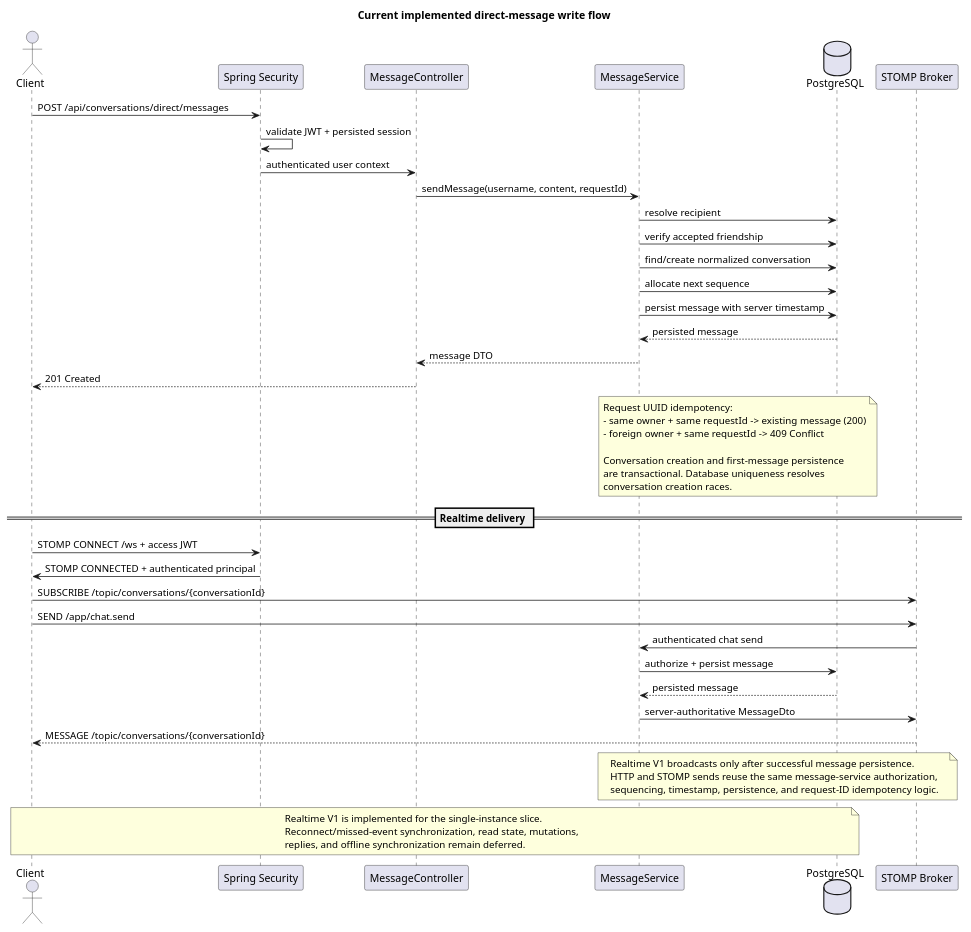
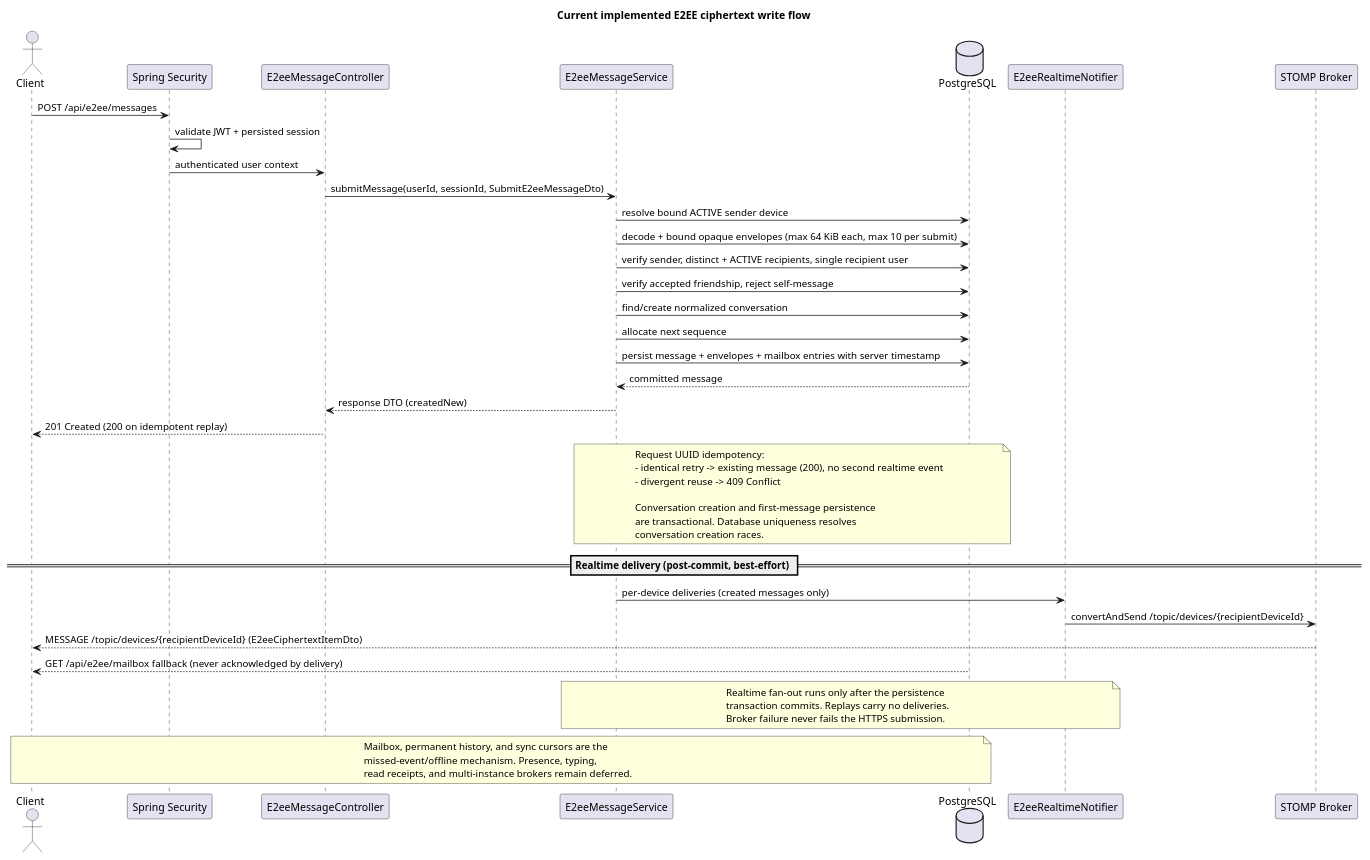
One commit to animesh0404/samvaad-server changed the diagram in docs/architecture/diagrams/current-messaging-write-flow.puml. Above: the diagram before and after it, drawn with PlantUML. The commit also changed 17 other files, not shown here.

Commit message:
docs: reconcile current E2EE messaging architecture

```diff
--- a/docs/architecture/diagrams/current-messaging-write-flow.puml
+++ b/docs/architecture/diagrams/current-messaging-write-flow.puml
@@ -1,57 +1,55 @@
 @startuml
-title Current implemented direct-message write flow
+title Current implemented E2EE ciphertext write flow
 
 actor Client
 participant "Spring Security" as Security
-participant "MessageController" as Controller
-participant "MessageService" as Service
+participant "E2eeMessageController" as Controller
+participant "E2eeMessageService" as Service
 database "PostgreSQL" as DB
+participant "E2eeRealtimeNotifier" as Fanout
 participant "STOMP Broker" as Broker
 
-Client -> Security : POST /api/conversations/direct/messages
+Client -> Security : POST /api/e2ee/messages
 Security -> Security : validate JWT + persisted session
 Security -> Controller : authenticated user context
-Controller -> Service : sendMessage(username, content, requestId)
-Service -> DB : resolve recipient
-Service -> DB : verify accepted friendship
+Controller -> Service : submitMessage(userId, sessionId, SubmitE2eeMessageDto)
+Service -> DB : resolve bound ACTIVE sender device
+Service -> DB : decode + bound opaque envelopes (max 64 KiB each, max 10 per submit)
+Service -> DB : verify sender, distinct + ACTIVE recipients, single recipient user
+Service -> DB : verify accepted friendship, reject self-message
 Service -> DB : find/create normalized conversation
 Service -> DB : allocate next sequence
-Service -> DB : persist message with server timestamp
-DB --> Service : persisted message
-Service --> Controller : message DTO
-Controller --> Client : 201 Created
+Service -> DB : persist message + envelopes + mailbox entries with server timestamp
+DB --> Service : committed message
+Service --> Controller : response DTO (createdNew)
+Controller --> Client : 201 Created (200 on idempotent replay)
 
 note over Service,DB
 Request UUID idempotency:
-- same owner + same requestId -> existing message (200)
-- foreign owner + same requestId -> 409 Conflict
+- identical retry -> existing message (200), no second realtime event
+- divergent reuse -> 409 Conflict
 
 Conversation creation and first-message persistence
 are transactional. Database uniqueness resolves
 conversation creation races.
 end note
 
-== Realtime delivery ==
+== Realtime delivery (post-commit, best-effort) ==
 
-Client -> Security : STOMP CONNECT /ws + access JWT
-Security -> Client : STOMP CONNECTED + authenticated principal
-Client -> Broker : SUBSCRIBE /topic/conversations/{conversationId}
-Client -> Broker : SEND /app/chat.send
-Broker -> Service : authenticated chat send
-Service -> DB : authorize + persist message
-DB --> Service : persisted message
-Service -> Broker : server-authoritative MessageDto
-Broker --> Client : MESSAGE /topic/conversations/{conversationId}
+Service -> Fanout : per-device deliveries (created messages only)
+Fanout -> Broker : convertAndSend /topic/devices/{recipientDeviceId}
+Broker --> Client : MESSAGE /topic/devices/{recipientDeviceId} (E2eeCiphertextItemDto)
+DB --> Client : GET /api/e2ee/mailbox fallback (never acknowledged by delivery)
 
-note over Service,Broker
-Realtime V1 broadcasts only after successful message persistence.
-HTTP and STOMP sends reuse the same message-service authorization,
-sequencing, timestamp, persistence, and request-ID idempotency logic.
+note over Service,Fanout
+Realtime fan-out runs only after the persistence
+transaction commits. Replays carry no deliveries.
+Broker failure never fails the HTTPS submission.
 end note
 
 note over Client,DB
-Realtime V1 is implemented for the single-instance slice.
-Reconnect/missed-event synchronization, read state, mutations,
-replies, and offline synchronization remain deferred.
+Mailbox, permanent history, and sync cursors are the
+missed-event/offline mechanism. Presence, typing,
+read receipts, and multi-instance brokers remain deferred.
 end note
 @enduml
```
